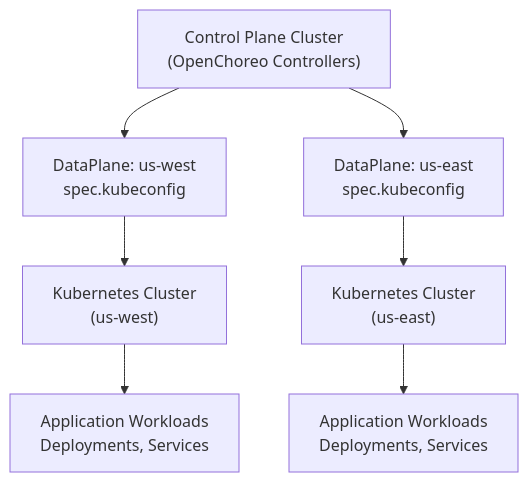
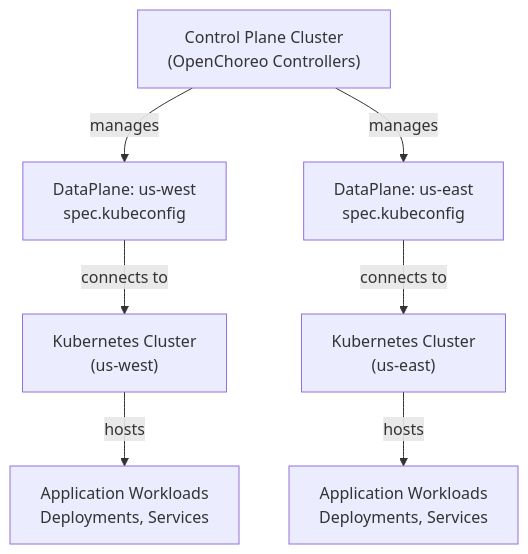
One commit to openchoreo/openchoreo changed the third of 12 diagrams in docs/deepwiki/Platform-Abstractions.md. Above: the diagram before and after it, drawn with Mermaid. The commit also changed other lines of this file and 85 other files, not shown here.

Commit message:
feat: Add new workflow and specification templates, update Helm chart dependencies, and clarify documentation diagrams.

````diff
--- a/docs/deepwiki/Platform-Abstractions.md
+++ b/docs/deepwiki/Platform-Abstractions.md
@@ -155,18 +155,18 @@
 ```mermaid
 flowchart TD
 
 ControlPlane["Control Plane Cluster<br>(OpenChoreo Controllers)"]
 DataPlane1["DataPlane: us-west<br>spec.kubeconfig"]
 DataPlane2["DataPlane: us-east<br>spec.kubeconfig"]
 K8sCluster1["Kubernetes Cluster<br>(us-west)"]
 K8sCluster2["Kubernetes Cluster<br>(us-east)"]
 Apps1["Application Workloads<br>Deployments, Services"]
 Apps2["Application Workloads<br>Deployments, Services"]
 
-ControlPlane --> DataPlane1
-ControlPlane --> DataPlane2
-DataPlane1 --> K8sCluster1
-DataPlane2 --> K8sCluster2
-K8sCluster1 --> Apps1
-K8sCluster2 --> Apps2
+ControlPlane -->|"manages"| DataPlane1
+ControlPlane -->|"manages"| DataPlane2
+DataPlane1 -->|"connects to"| K8sCluster1
+DataPlane2 -->|"connects to"| K8sCluster2
+K8sCluster1 -->|"hosts"| Apps1
+K8sCluster2 -->|"hosts"| Apps2
 ```
````
